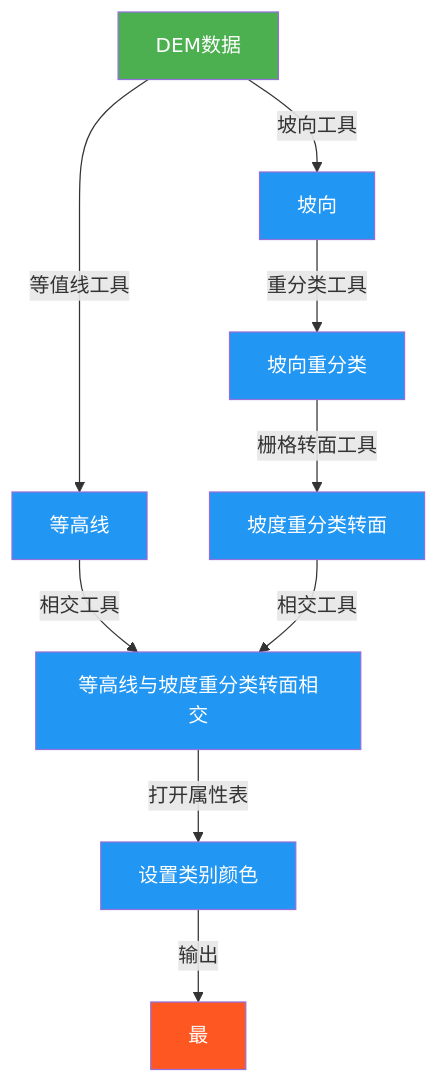
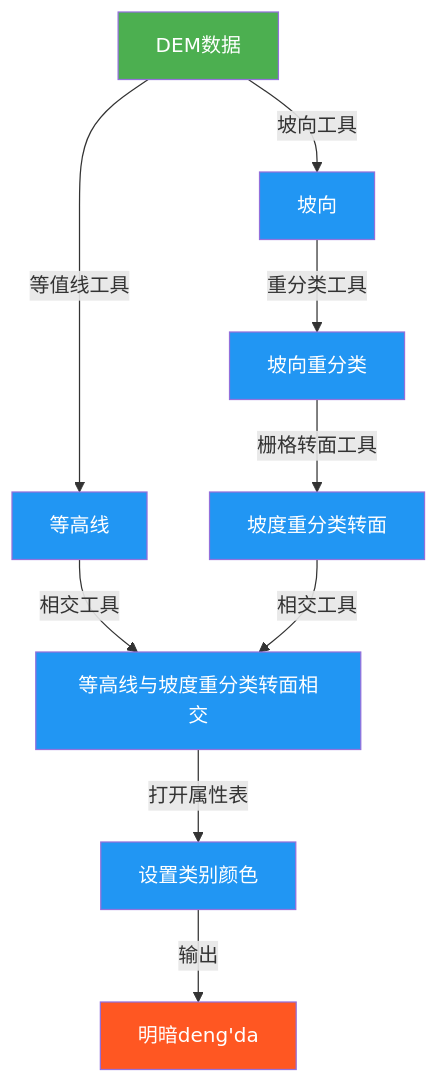
Before and after one commit to newguser/iodraw-files: the diagram in all/未命名.md, drawn with Mermaid.

Commit message:
2025-02-27 21:26:42 update

````diff
--- a/all/未命名.md
+++ b/all/未命名.md
@@ -1,16 +1,16 @@
 ```mermaid
 graph TD
     A[DEM数据] -->|等值线工具| B[等高线]
     A -->|坡向工具| C[坡向]
     C -->|重分类工具| D[坡向重分类]
     D -->|栅格转面工具| E[坡度重分类转面]
     B -->|相交工具| F[等高线与坡度重分类转面相交]
     E -->|相交工具| F
     F -->|打开属性表| G[设置类别颜色]
-    G -->|输出| H[最]
+    G -->|输出| H[明暗deng'da]
 
     style A fill:#4CAF50,color:white
     style H fill:#FF5722,color:white
     classDef process fill:#2196F3,color:white;
     class B,C,D,E,F,G process
 ```
````
